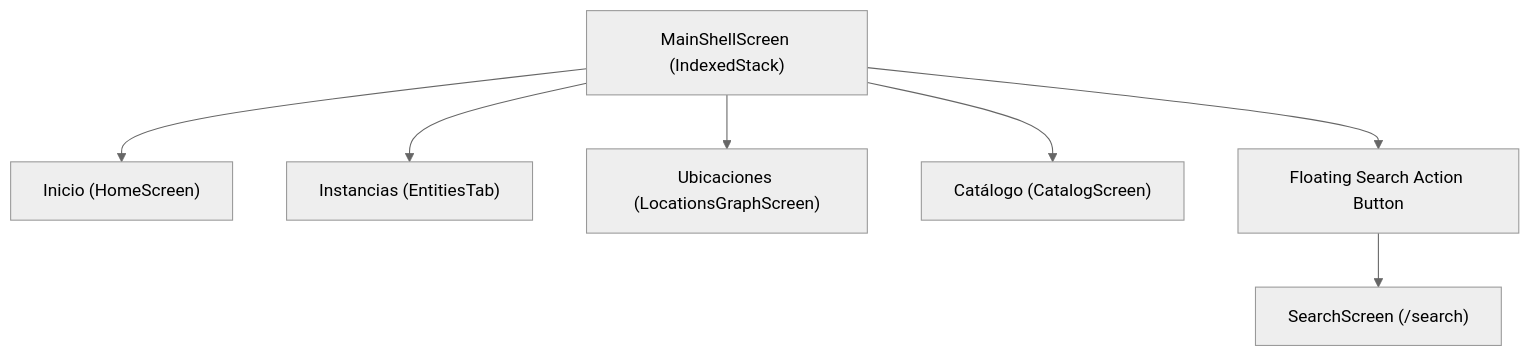
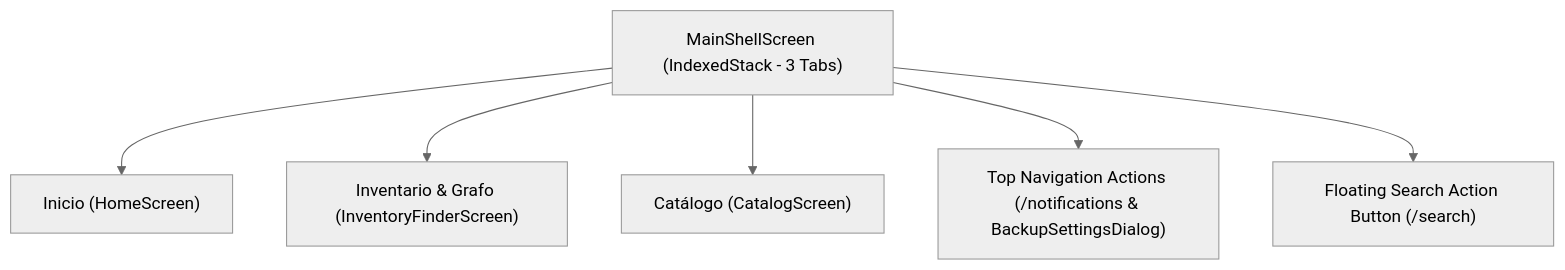
Before and after one commit to HakkinDavid/PWMS: the diagram in docs/navigation_and_ui.md, drawn with Mermaid (neutral theme). The commit also changed other lines of this file and 9 other files, not shown here.

````diff
--- a/docs/navigation_and_ui.md
+++ b/docs/navigation_and_ui.md
@@ -20,12 +20,11 @@
 ```mermaid
 graph TD
-    Shell["MainShellScreen (IndexedStack)"]
+    Shell["MainShellScreen (IndexedStack - 3 Tabs)"]
     
     Shell --> Tab1["Inicio (HomeScreen)"]
-    Shell --> Tab2["Instancias (EntitiesTab)"]
-    Shell --> Tab3["Ubicaciones (LocationsGraphScreen)"]
-    Shell --> Tab4["Catálogo (CatalogScreen)"]
+    Shell --> Tab2["Inventario & Grafo (InventoryFinderScreen)"]
+    Shell --> Tab3["Catálogo (CatalogScreen)"]
     
-    Shell --> FAB["Floating Search Action Button"]
-    FAB --> Search["SearchScreen (/search)"]
+    Shell --> TopBar["Top Navigation Actions (/notifications & BackupSettingsDialog)"]
+    Shell --> FAB["Floating Search Action Button (/search)"]
 ```
````
